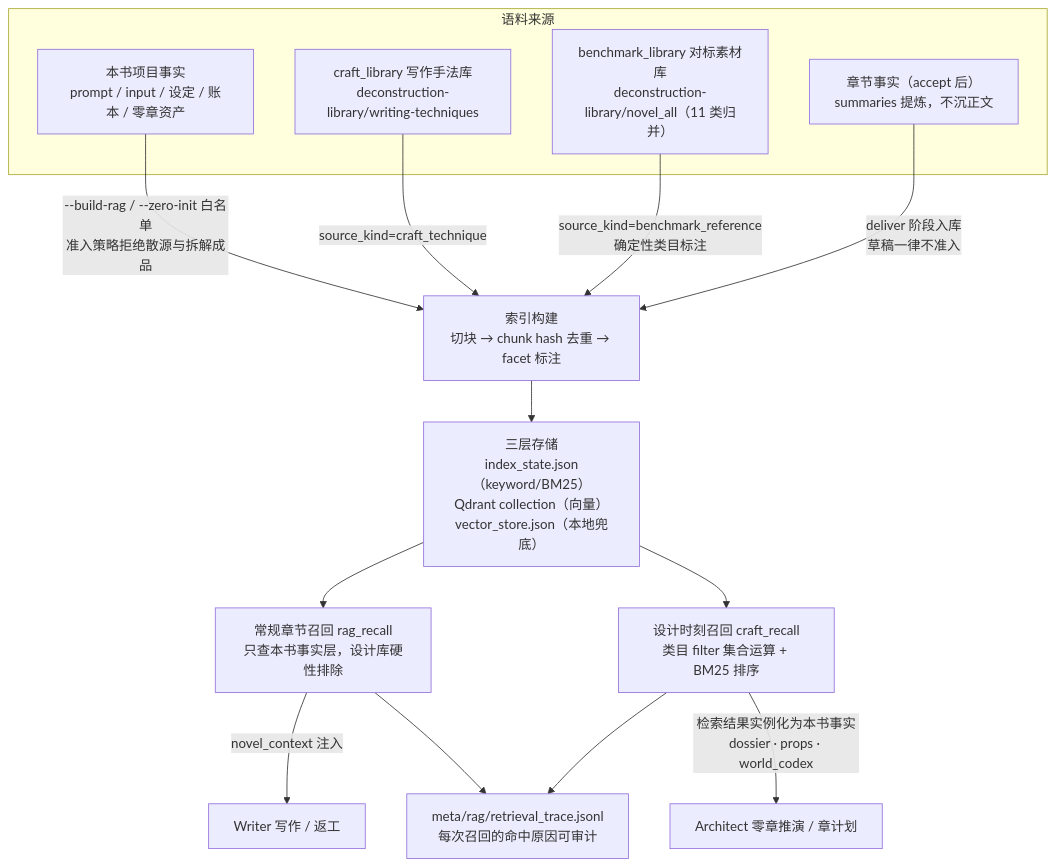
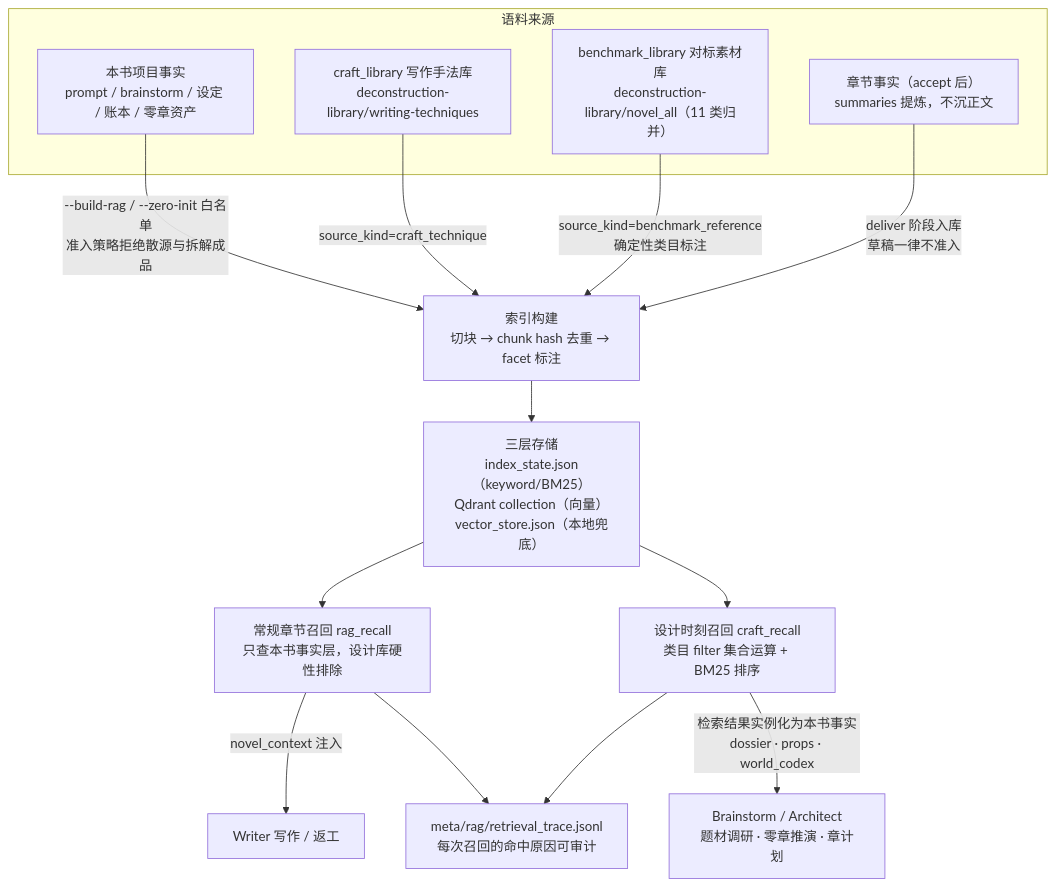
The fifth of 5 diagrams in README.md (Xiaoyangy/novel-studio), drawn with Mermaid before and after one commit. The commit also changed other lines of this file, not shown here.

First line of the commit message:
README 重写：完整生命周期为主线，纳入头脑风暴 / list / codex 订阅

````diff
--- a/README.md
+++ b/README.md
@@ -311,20 +342,20 @@
 ```mermaid
 flowchart TD
     subgraph SRC["语料来源"]
-        S1["本书项目事实<br/>prompt / input / 设定 / 账本 / 零章资产"]
+        S1["本书项目事实<br/>prompt / brainstorm / 设定 / 账本 / 零章资产"]
         S2["craft_library 写作手法库<br/>deconstruction-library/writing-techniques"]
         S3["benchmark_library 对标素材库<br/>deconstruction-library/novel_all（11 类归并）"]
         S4["章节事实（accept 后）<br/>summaries 提炼，不沉正文"]
     end
     S1 -->|"--build-rag / --zero-init 白名单<br/>准入策略拒绝散源与拆解成品"| IDX["索引构建<br/>切块 → chunk hash 去重 → facet 标注"]
     S2 -->|"source_kind=craft_technique"| IDX
     S3 -->|"source_kind=benchmark_reference<br/>确定性类目标注"| IDX
     S4 -->|"deliver 阶段入库<br/>草稿一律不准入"| IDX
     IDX --> STO["三层存储<br/>index_state.json（keyword/BM25）<br/>Qdrant collection（向量）<br/>vector_store.json（本地兜底）"]
     STO --> Q1["常规章节召回 rag_recall<br/>只查本书事实层，设计库硬性排除"]
     STO --> Q2["设计时刻召回 craft_recall<br/>类目 filter 集合运算 + BM25 排序"]
     Q1 -->|"novel_context 注入"| WR2["Writer 写作 / 返工"]
-    Q2 -->|"检索结果实例化为本书事实<br/>dossier · props · world_codex"| AR2["Architect 零章推演 / 章计划"]
+    Q2 -->|"检索结果实例化为本书事实<br/>dossier · props · world_codex"| AR2["Brainstorm / Architect<br/>题材调研 · 零章推演 · 章计划"]
     Q1 --> TR["meta/rag/retrieval_trace.jsonl<br/>每次召回的命中原因可审计"]
     Q2 --> TR
 ```
````
